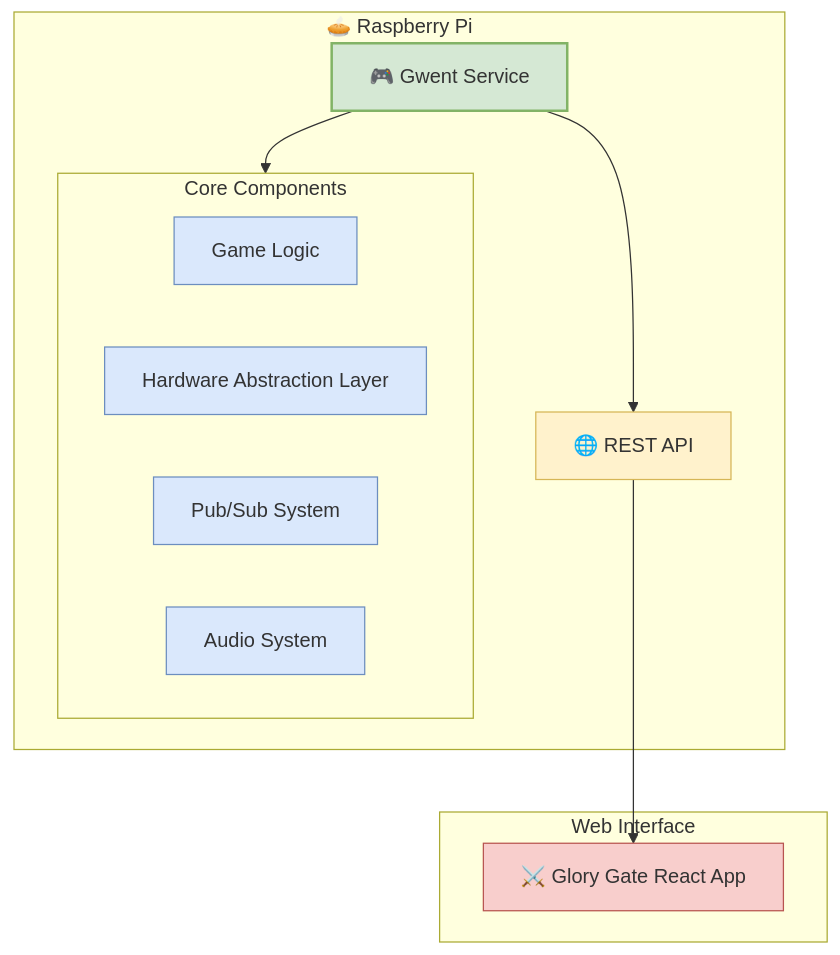
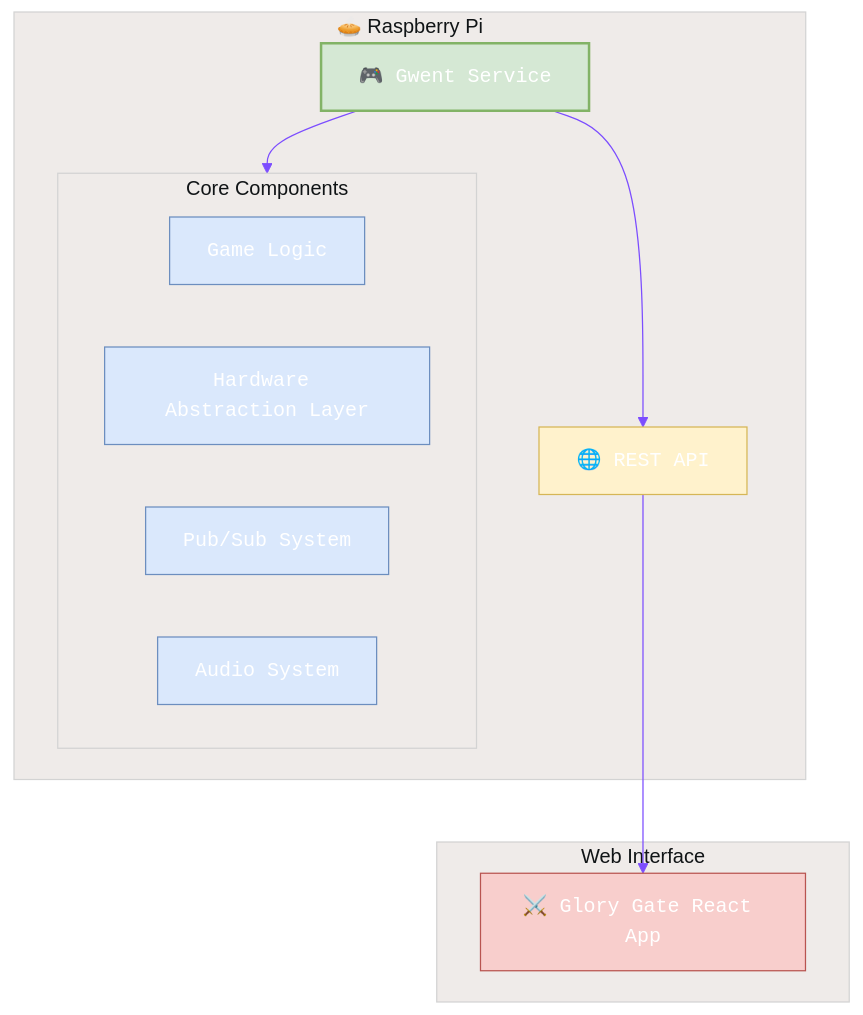
The fourth of 9 diagrams in README.md (declanshanaghy/gwent), drawn with Mermaid before and after one commit. The commit also changed other lines of this file and 6 other files, not shown here.

First line of the commit message:
Add mermaid style guide and apply to all diagrams

````diff
--- a/README.md
+++ b/README.md
@@ -122,28 +164,42 @@
 ```mermaid
+%%{init: {
+  'theme': 'base',
+  'themeVariables': {
+    'primaryColor': '#6d1a36',
+    'primaryTextColor': '#fff',
+    'primaryBorderColor': '#7C4DFF',
+    'lineColor': '#7C4DFF',
+    'secondaryColor': '#D7CCC8',
+    'tertiaryColor': '#EFEBE9',
+    'fontFamily': 'Courier New',
+    'fontSize': '16px'
+  }
+}}%%
+
 graph TD
-    classDef service fill:#d5e8d4,stroke:#82b366,stroke-width:2px
-    classDef component fill:#dae8fc,stroke:#6c8ebf,stroke-width:1px
-    classDef api fill:#fff2cc,stroke:#d6b656,stroke-width:1px
-    classDef ui fill:#f8cecc,stroke:#b85450,stroke-width:1px
+    classDef service fill:#d5e8d4,stroke:#82b366,stroke-width:2px,font-family:'Courier New'
+    classDef component fill:#dae8fc,stroke:#6c8ebf,stroke-width:1px,font-family:'Courier New'
+    classDef api fill:#fff2cc,stroke:#d6b656,stroke-width:1px,font-family:'Courier New'
+    classDef ui fill:#f8cecc,stroke:#b85450,stroke-width:1px,font-family:'Courier New'
     
     subgraph rpi["🥧 Raspberry Pi"]
         gwent["🎮 Gwent Service"]:::service
         
         subgraph components["Core Components"]
             game["Game Logic"]:::component
             hal["Hardware Abstraction Layer"]:::component
             pubsub["Pub/Sub System"]:::component
             audio["Audio System"]:::component
         end
         
         api["🌐 REST API"]:::api
     end
     
     subgraph web["Web Interface"]
         glory["⚔️ Glory Gate React App"]:::ui
     end
     
     gwent --> components
     gwent --> api
     api --> glory
 ```
````
